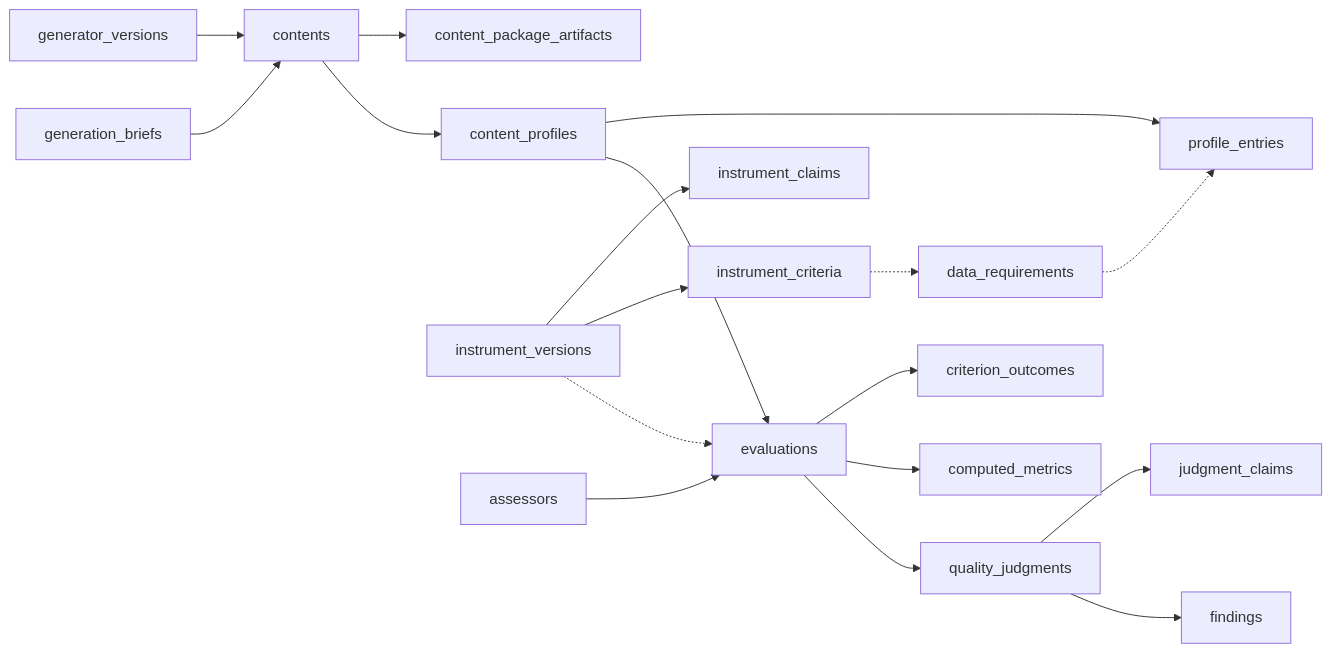
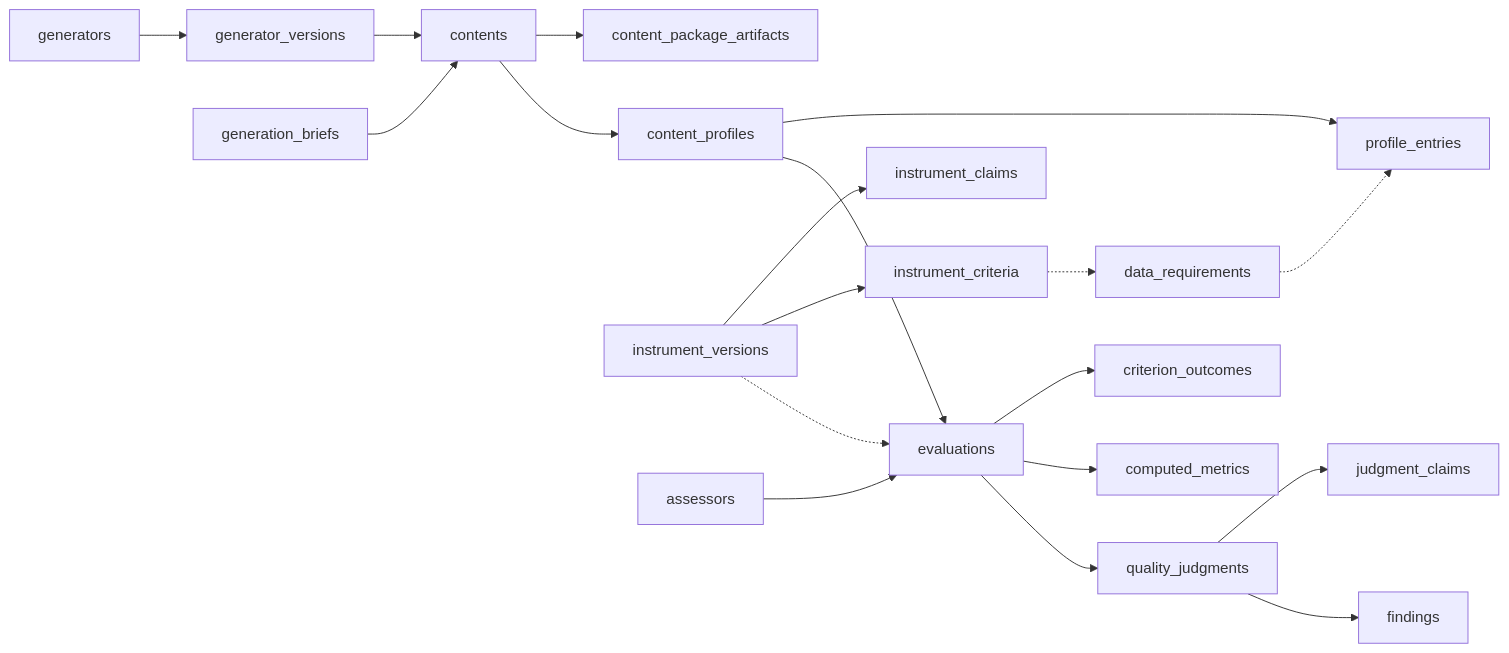
The tenth of 10 diagrams in docs/DATA_MODEL.md (learnpack/learnpack-evals-v2), drawn with Mermaid before and after one commit. The commit also changed other lines of this file and 4 other files, not shown here.

````diff
--- a/docs/DATA_MODEL.md
+++ b/docs/DATA_MODEL.md
@@ -486,20 +496,21 @@
 ```mermaid
 flowchart LR
-  GV[generator_versions] --> C[contents]
+  G[generators] --> GV[generator_versions]
+  GV --> C[contents]
   GB[generation_briefs] --> C
   C --> CPA[content_package_artifacts]
   C --> CP[content_profiles]
   DR[data_requirements] -.-> PE[profile_entries]
   CP --> PE
   IV[instrument_versions] --> IC[instrument_claims]
   IV --> ICr[instrument_criteria]
   ICr -.-> DR
   A[assessors] --> E[evaluations]
   CP --> E
   IV -.-> E
   E --> CO[criterion_outcomes]
   E --> CM[computed_metrics]
   E --> QJ[quality_judgments]
   QJ --> JC[judgment_claims]
   QJ --> F[findings]
 ```
````
